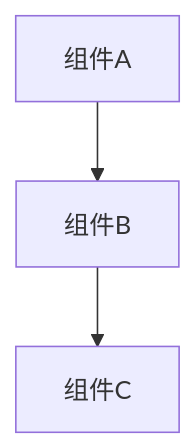
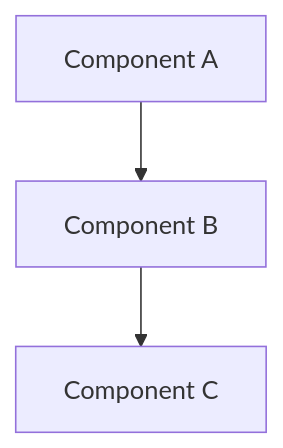
Before and after one commit to zernel/cursor-rules: the diagram in docs/architecture.md, drawn with Mermaid. The commit also changed other lines of this file and 3 other files, not shown here.

````diff
--- a/docs/architecture.md
+++ b/docs/architecture.md
@@ -14,5 +14,5 @@
 ```mermaid
 graph TD
-  A[组件A] --> B[组件B]
-  B --> C[组件C]
+  A[Component A] --> B[Component B]
+  B --> C[Component C]
 ```
````
